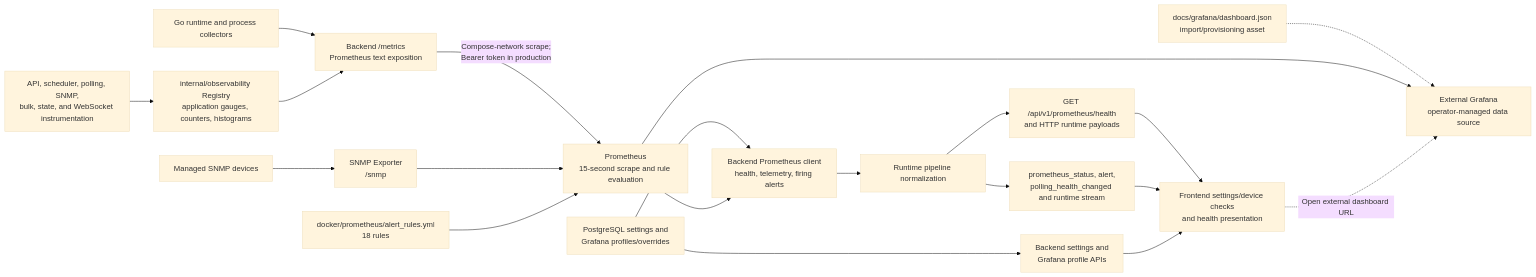
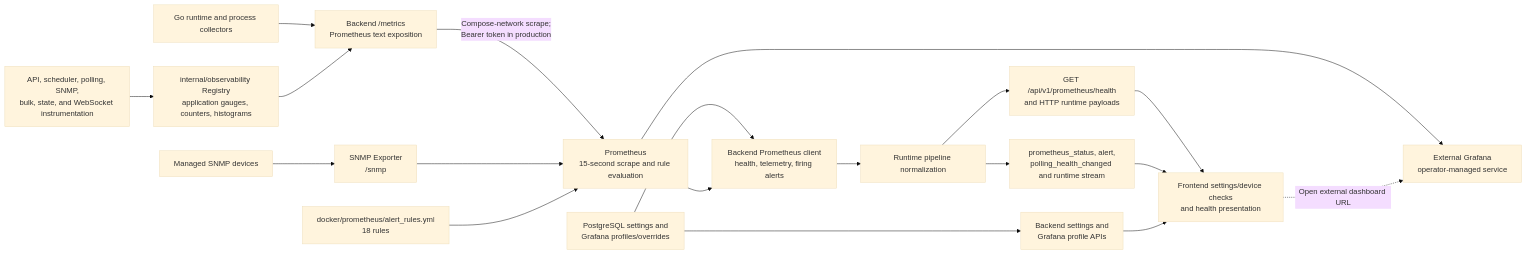
One commit to lollinoo/theia changed diagram 13 of 14 in ARCHITECTURE.md. Above: the diagram before and after it, drawn with Mermaid (base theme). The commit also changed other lines of this file, not shown here.

Commit message:
docs(architecture): correct monitoring references

````diff
--- a/ARCHITECTURE.md
+++ b/ARCHITECTURE.md
@@ -1011,22 +1011,22 @@
 ```mermaid
 flowchart LR
     Domain["API, scheduler, polling, SNMP,<br/>bulk, state, and WebSocket instrumentation"] --> Registry["internal/observability Registry<br/>application gauges, counters, histograms"]
     Runtime["Go runtime and process collectors"] --> Exporter["Backend /metrics<br/>Prometheus text exposition"]
     Registry --> Exporter
     Exporter -->|"Compose-network scrape;<br/>Bearer token in production"| Prometheus["Prometheus<br/>15-second scrape and rule evaluation"]
     Devices["Managed SNMP devices"] --> SNMPExporter["SNMP Exporter<br/>/snmp"]
     SNMPExporter --> Prometheus
     Rules["docker/prometheus/alert_rules.yml<br/>18 rules"] --> Prometheus
-    Dashboard["docs/grafana/dashboard.json<br/>import/provisioning asset"] -.-> Grafana["External Grafana<br/>operator-managed data source"]
+    Grafana["External Grafana<br/>operator-managed service"]
     Prometheus --> Grafana
     Settings["PostgreSQL settings and<br/>Grafana profiles/overrides"] --> IntegrationAPI["Backend settings and<br/>Grafana profile APIs"]
     Settings --> BackendClient["Backend Prometheus client<br/>health, telemetry, firing alerts"]
     Prometheus --> BackendClient
     BackendClient --> Pipeline["Runtime pipeline normalization"]
     Pipeline --> HealthAPI["GET /api/v1/prometheus/health<br/>and HTTP runtime payloads"]
     Pipeline --> Realtime["prometheus_status, alert,<br/>polling_health_changed and runtime stream"]
     HealthAPI --> Frontend["Frontend settings/device checks<br/>and health presentation"]
     Realtime --> Frontend
     IntegrationAPI --> Frontend
     Frontend -.->|"Open external dashboard URL"| Grafana
 ```
````
